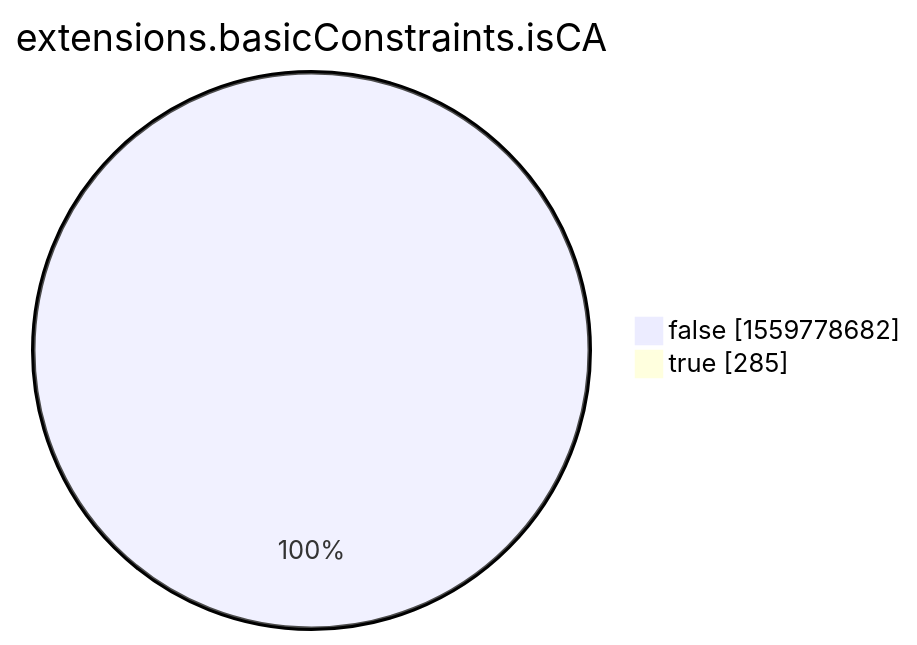
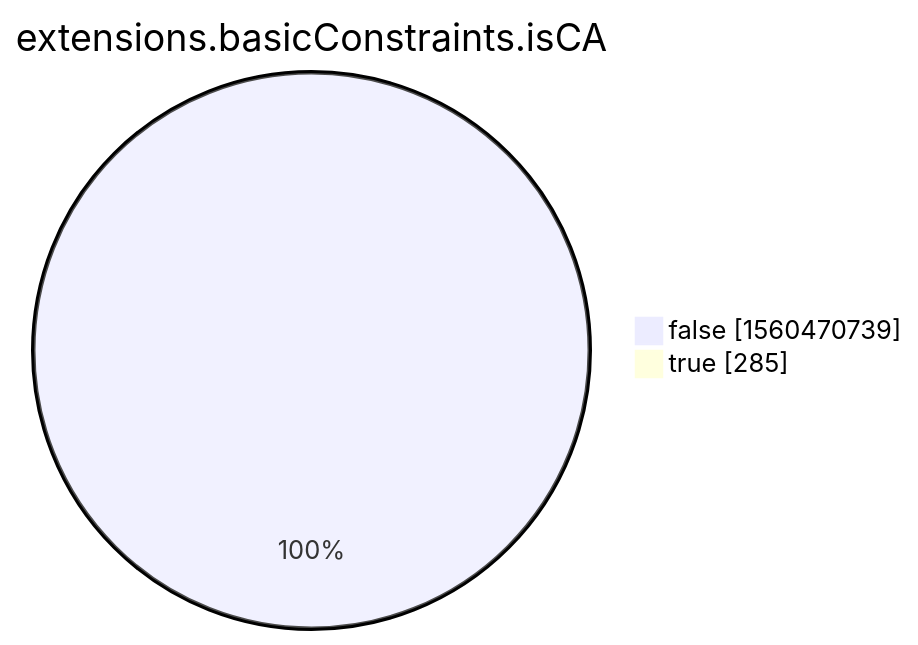
The eighth of 15 diagrams in xenon2022/README.md (christiankrug/ctmonitor_visualization), drawn with Mermaid before and after one commit. The commit also changed other lines of this file, not shown here.

````diff
--- a/xenon2022/README.md
+++ b/xenon2022/README.md
@@ -2860,6 +2860,6 @@
 ```mermaid
 pie showData
 title extensions.basicConstraints.isCA
-"false" :1559778682
+"false" :1560470739
 "true" :285
 ```
````
